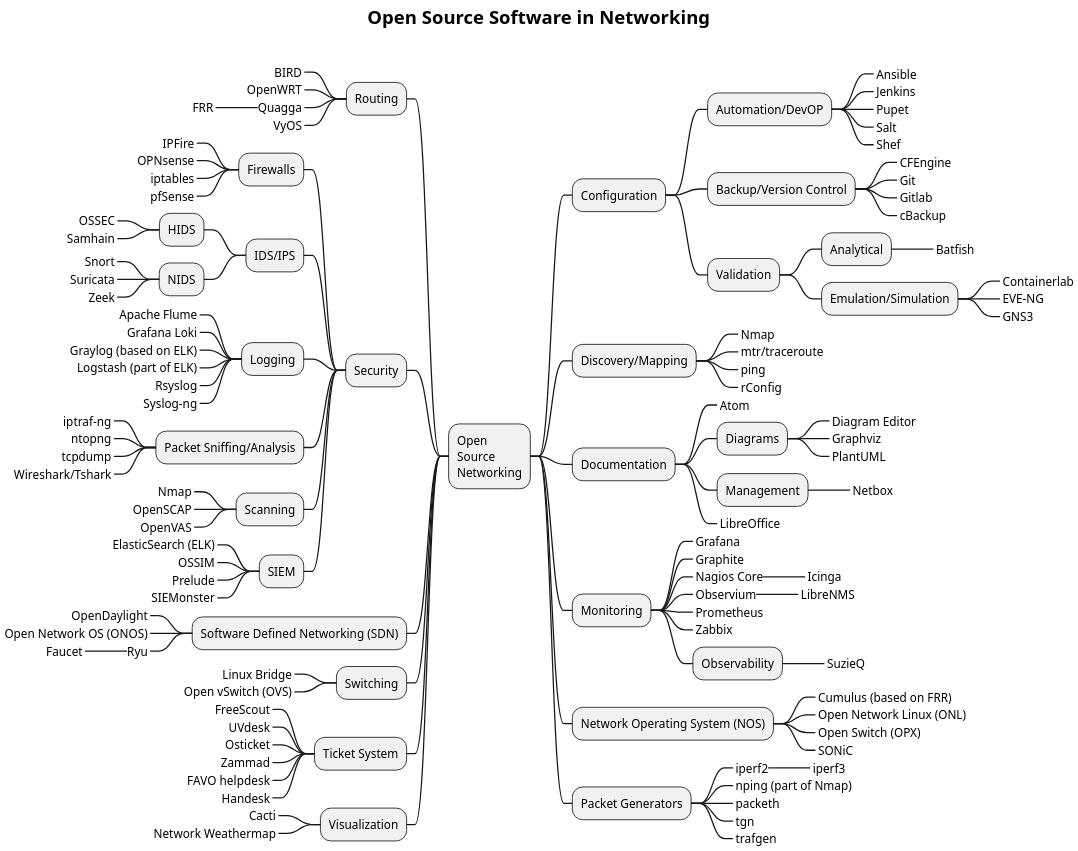
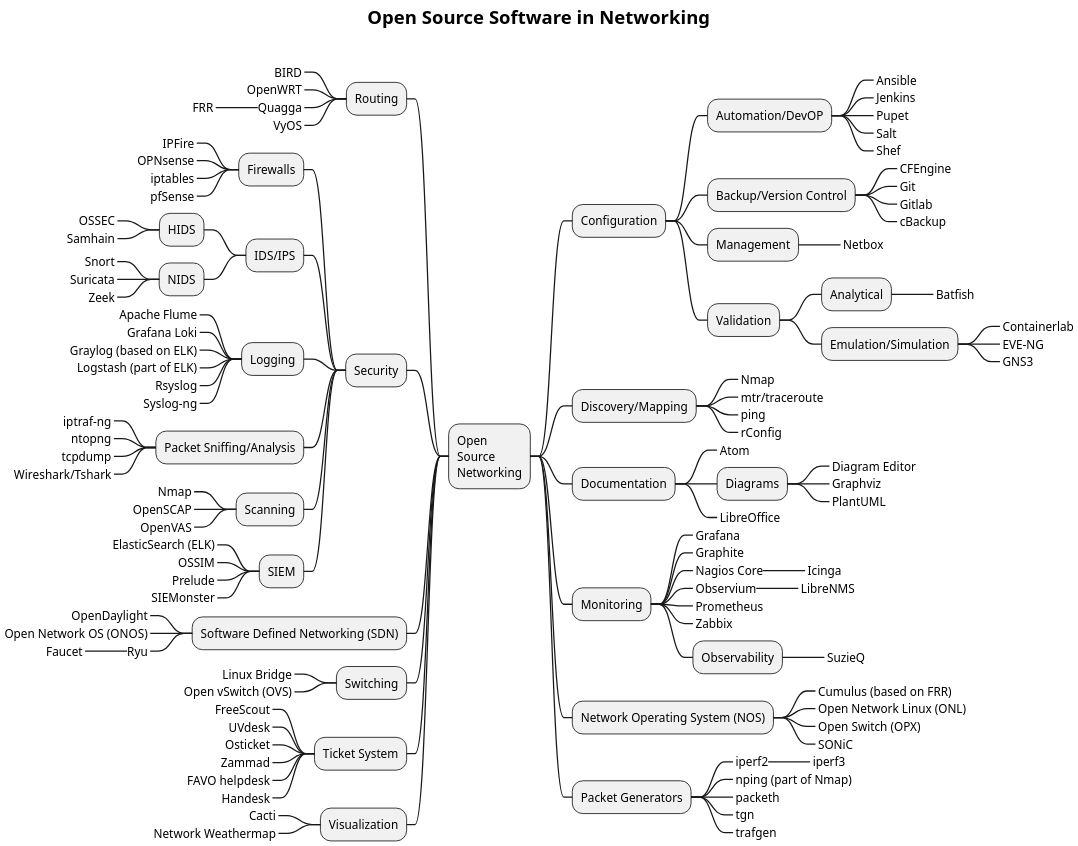
The diagram in OpenSourceMindMap.md (martimy/Open-Source-Networking), drawn with PlantUML before and after one commit.

Commit message:
move NetBox

```diff
--- a/OpenSourceMindMap.md
+++ b/OpenSourceMindMap.md
@@ -37,6 +37,9 @@
 ****_ Gitlab
 ****_ cBackup
 
+*** Management
+****_ Netbox
+
 *** Validation
 **** Analytical
 *****_ Batfish
@@ -58,8 +61,6 @@
 ****_ Diagram Editor
 ****_ Graphviz
 ****_ PlantUML
-*** Management
-****_ Netbox
 ***_ LibreOffice
 
 
```
